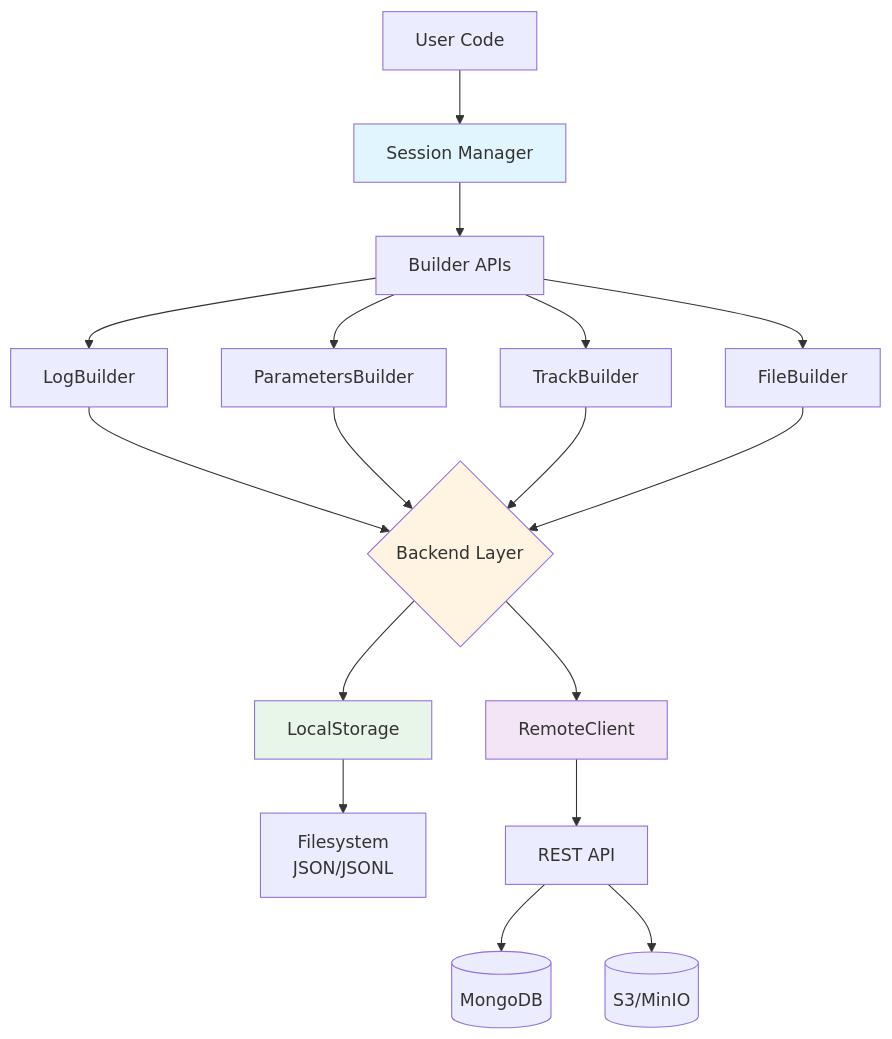
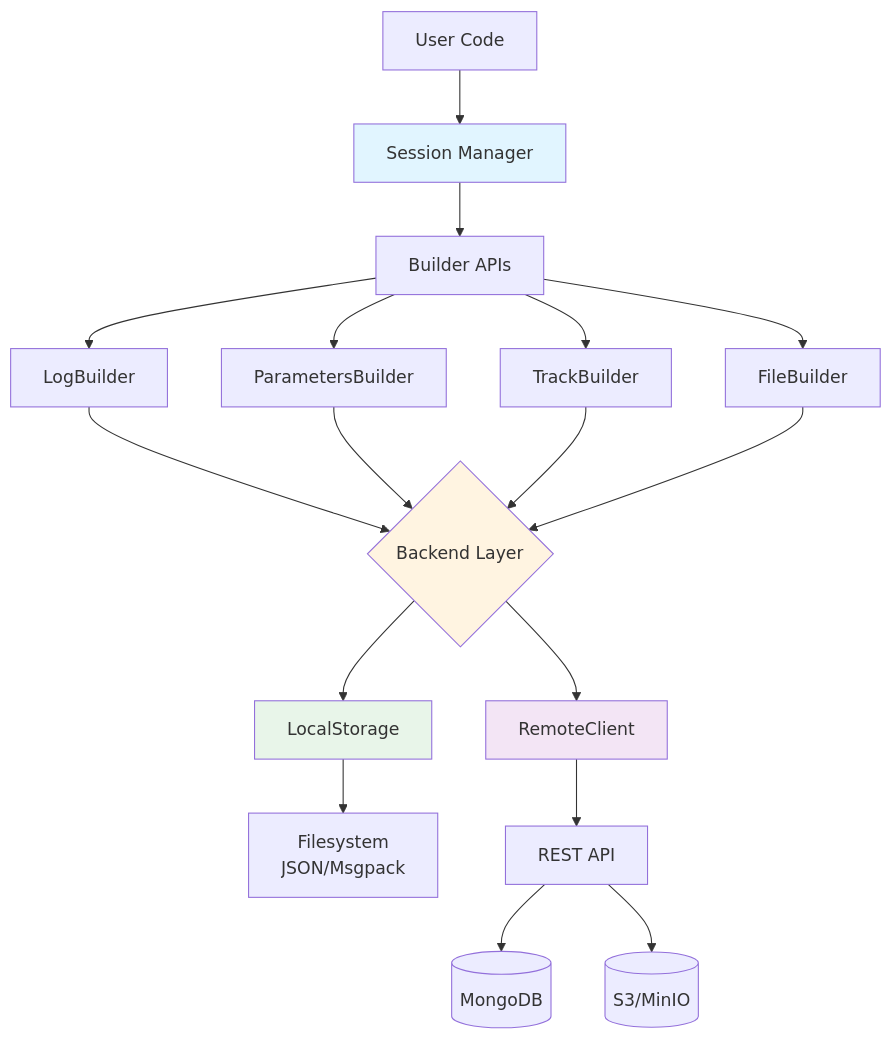
The first of 3 diagrams in docs/architecture.md (fortyfive-labs/dreamlake), drawn with Mermaid before and after one commit. The commit also changed other lines of this file and 75 other files, not shown here.

````diff
--- a/docs/architecture.md
+++ b/docs/architecture.md
@@ -11,28 +11,28 @@
 ```{mermaid}
 flowchart TB
     User[User Code] --> Session[Session Manager]
     Session --> Builder[Builder APIs]
     Builder --> Log[LogBuilder]
     Builder --> Params[ParametersBuilder]
     Builder --> Track[TrackBuilder]
     Builder --> Files[FileBuilder]
 
     Log --> Backend{Backend Layer}
     Params --> Backend
     Track --> Backend
     Files --> Backend
 
     Backend --> Local[LocalStorage]
     Backend --> Remote[RemoteClient]
 
-    Local --> FS[Filesystem<br/>JSON/JSONL]
+    Local --> FS[Filesystem<br/>JSON/Msgpack]
     Remote --> API[REST API]
 
     API --> MongoDB[(MongoDB)]
     API --> S3[(S3/MinIO)]
 
     style Session fill:#e1f5ff
     style Backend fill:#fff4e1
     style Local fill:#e8f5e9
     style Remote fill:#f3e5f5
 ```
````
